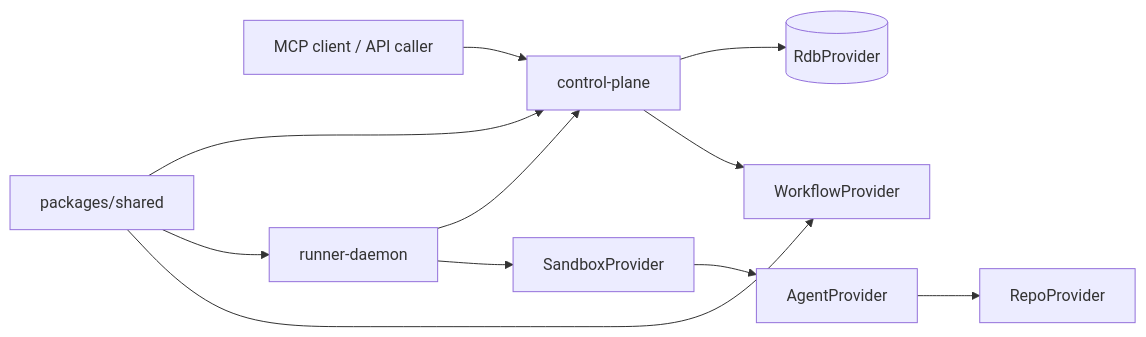
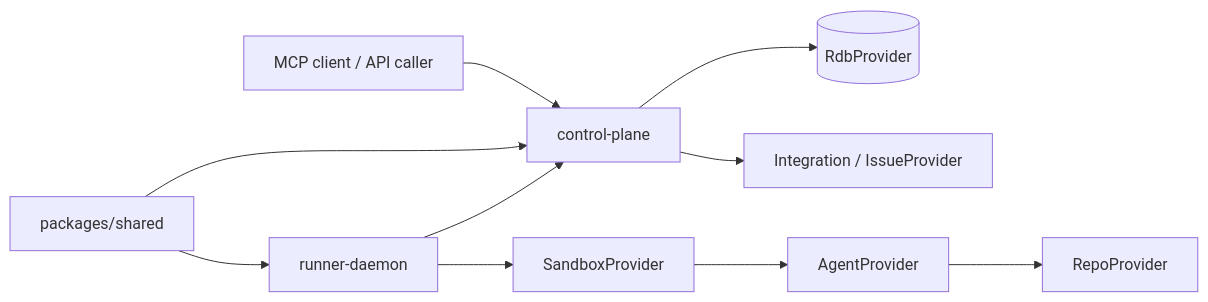
Before and after one commit to Arcadia822/mystra: the diagram in README.md, drawn with Mermaid. The commit also changed other lines of this file and 112 other files, not shown here.

````diff
--- a/README.md
+++ b/README.md
@@ -57,13 +66,12 @@
 ```mermaid
 flowchart LR
     Caller[MCP client / API caller] --> CP[control-plane]
     CP --> DB[(RdbProvider)]
-    CP --> WF[WorkflowProvider]
+    CP --> Issue[Integration / IssueProvider]
     Runner[runner-daemon] --> CP
     Runner --> Sandbox[SandboxProvider]
     Sandbox --> Agent[AgentProvider]
     Agent --> Repo[RepoProvider]
     Shared[packages/shared] --> CP
     Shared --> Runner
-    Shared --> WF
 ```
````
